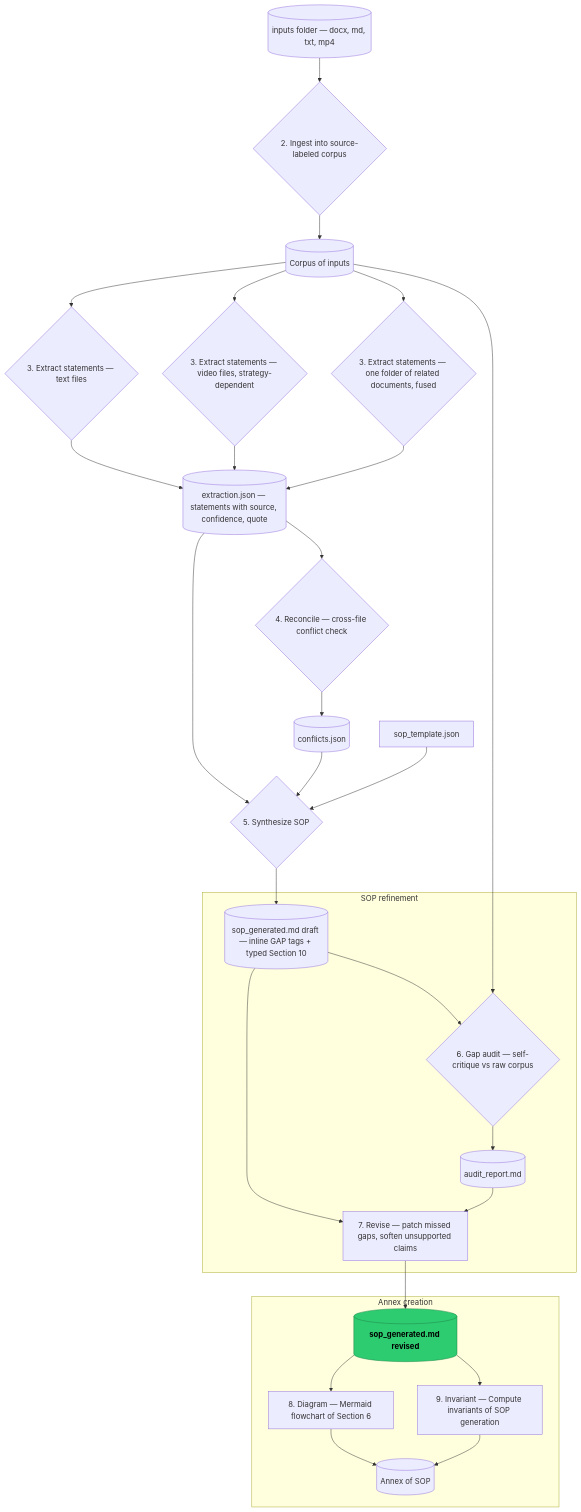
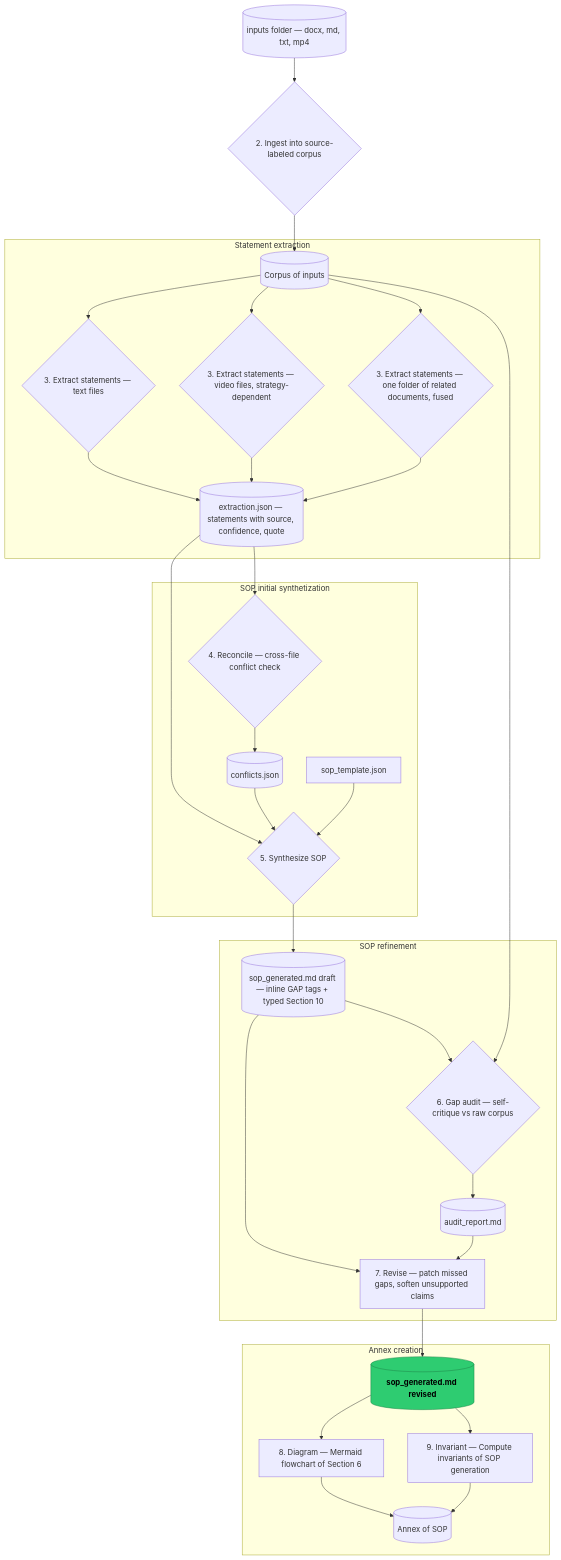
The diagram in README.md (marvik-ai/sop_generator), drawn with Mermaid before and after one commit.

Commit message:
add subdiagrams

````diff
--- a/README.md
+++ b/README.md
@@ -84,42 +84,46 @@
 ```mermaid
 flowchart TD
     IN[(inputs folder — docx, md, txt, mp4)] --> ING{2. Ingest into source-labeled corpus}
     ING --> CORP[(Corpus of inputs)]
 
-    CORP --> EXTRACT_TEXT{3. Extract statements — text files}
-    CORP --> EXTRACT_VIDEO{3. Extract statements — video files, strategy-dependent}
-    CORP --> EXTRACT_FOLDER{3. Extract statements — one folder of related documents, fused}
+    subgraph STMTEXTRACT["Statement extraction"]
+        CORP --> EXTRACT_TEXT{3. Extract statements — text files}
+        CORP --> EXTRACT_VIDEO{3. Extract statements — video files, strategy-dependent}
+        CORP --> EXTRACT_FOLDER{3. Extract statements — one folder of related documents, fused}
 
-    EXTRACT_TEXT --> STMTS[(extraction.json — statements with source, confidence, quote)]
-    EXTRACT_VIDEO --> STMTS
-    EXTRACT_FOLDER --> STMTS
+        EXTRACT_TEXT --> STMTS[(extraction.json — statements with source, confidence, quote)]
+        EXTRACT_VIDEO --> STMTS
+        EXTRACT_FOLDER --> STMTS
+    end
 
-    STMTS --> RECON{4. Reconcile — cross-file conflict check}
-    RECON --> CONF[(conflicts.json)]
+    subgraph SOPINITSYN["SOP initial synthetization"]
+        STMTS --> RECON{4. Reconcile — cross-file conflict check}
+        RECON --> CONF[(conflicts.json)]
 
-    STMTS --> SYN{5. Synthesize SOP}
-    CONF --> SYN
-    GUIDE[sop_template.json] --> SYN
+        STMTS --> SYN{5. Synthesize SOP}
+        CONF --> SYN
+        GUIDE[sop_template.json] --> SYN
+    end
 
     SYN --> SOP1[(sop_generated.md draft — inline GAP tags + typed Section 10)]
 
     SOP1 --> AUDIT{6. Gap audit — self-critique vs raw corpus}
     CORP --> AUDIT
     subgraph SOPREFINE["SOP refinement"]
         AUDIT --> AUDIT_REPORT[(audit_report.md)]
 
         SOP1 --> REVISE
         AUDIT_REPORT --> REVISE[7. Revise — patch missed gaps, soften unsupported claims]
     end
 
     REVISE --> SOP2[("`**sop_generated.md revised**`")]
 
     subgraph ANNEXCREATE["Annex creation"]
         SOP2 --> DIAG[8. Diagram — Mermaid flowchart of Section 6]
         SOP2 --> INV[9. Invariant — Compute invariants of SOP generation]
         DIAG --> ANNEX1[(Annex of SOP)]
         INV --> ANNEX1[(Annex of SOP)]
     end
 
     style SOP2 fill:#2ecc71,stroke:#1e8449,color:#000000
 ```
````
